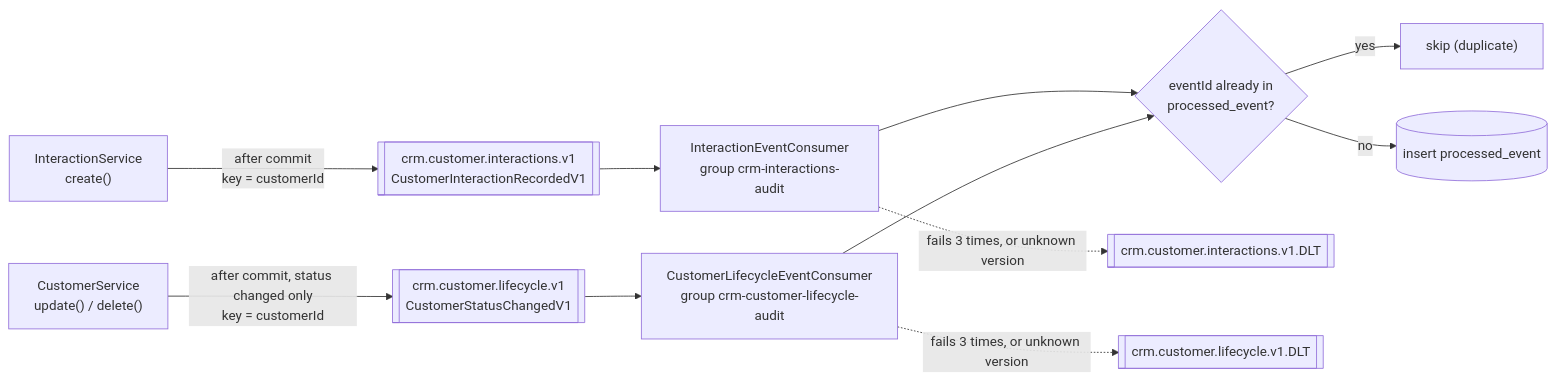
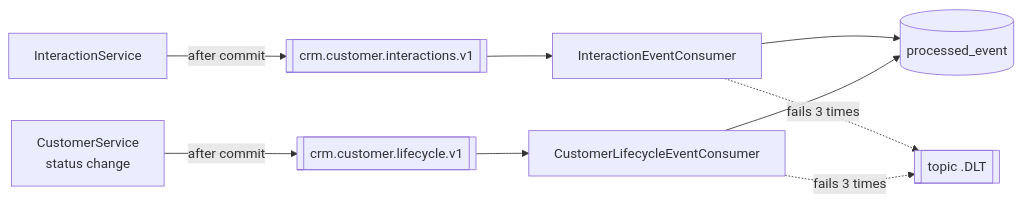
One commit to WillCraig/CapstoneProjectBoot changed the second of 4 diagrams in docs/architecture.md. Above: the diagram before and after it, drawn with Mermaid. The commit also changed other lines of this file and 18 other files, not shown here.

````diff
--- a/docs/architecture.md
+++ b/docs/architecture.md
@@ -58,13 +61,11 @@
 ```mermaid
 flowchart LR
-  IS["InteractionService<br/>create()"] -->|"after commit<br/>key = customerId"| T1[["crm.customer.interactions.v1<br/>CustomerInteractionRecordedV1"]]
-  CS["CustomerService<br/>update() / delete()"] -->|"after commit, status changed only<br/>key = customerId"| T2[["crm.customer.lifecycle.v1<br/>CustomerStatusChangedV1"]]
-  T1 --> C1["InteractionEventConsumer<br/>group crm-interactions-audit"]
-  T2 --> C2["CustomerLifecycleEventConsumer<br/>group crm-customer-lifecycle-audit"]
-  C1 --> D{"eventId already in<br/>processed_event?"}
-  C2 --> D
-  D -->|"yes"| SKIP["skip (duplicate)"]
-  D -->|"no"| SAVE[("insert processed_event")]
-  C1 -.->|"fails 3 times, or unknown version"| DLT1[["crm.customer.interactions.v1.DLT"]]
-  C2 -.->|"fails 3 times, or unknown version"| DLT2[["crm.customer.lifecycle.v1.DLT"]]
+  IS["InteractionService"] -->|"after commit"| T1[["crm.customer.interactions.v1"]]
+  CS["CustomerService<br/>status change"] -->|"after commit"| T2[["crm.customer.lifecycle.v1"]]
+  T1 --> C1["InteractionEventConsumer"]
+  T2 --> C2["CustomerLifecycleEventConsumer"]
+  C1 --> PE[("processed_event")]
+  C2 --> PE
+  C1 -.->|"fails 3 times"| DLT[["topic .DLT"]]
+  C2 -.->|"fails 3 times"| DLT
 ```
````
